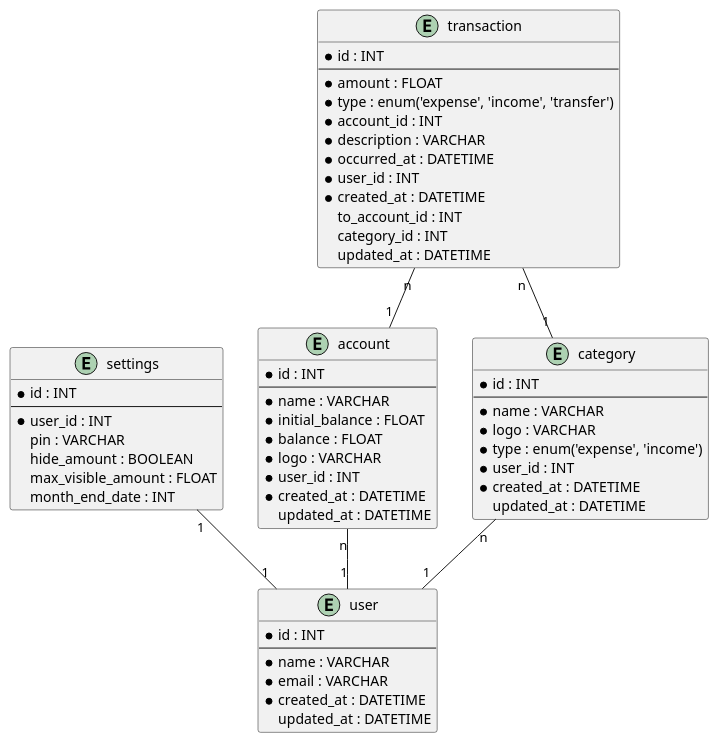
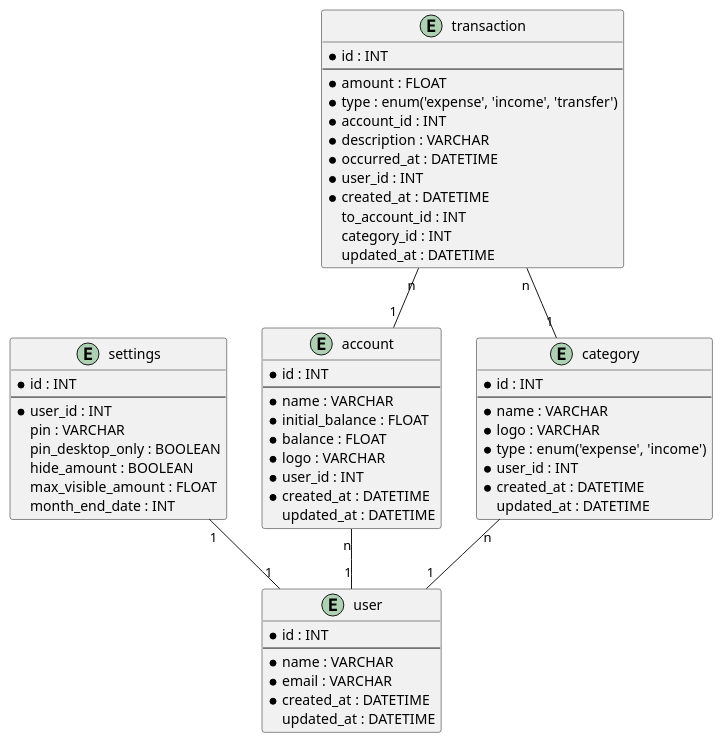
One commit to ylfyt/duitify changed the diagram in docs/erd.puml. Above: the diagram before and after it, drawn with PlantUML. The commit also changed 7 other files, not shown here.

Commit message:
adding option to enable pin on desktop only

```diff
--- a/docs/erd.puml
+++ b/docs/erd.puml
@@ -1,67 +1,68 @@
 @startuml erd
 
 entity user {
     * id : INT
     --
     * name : VARCHAR
     * email : VARCHAR
     * created_at : DATETIME
     updated_at : DATETIME
 }
 
 entity settings {
     * id : INT
     --
     * user_id : INT
     pin : VARCHAR
+    pin_desktop_only : BOOLEAN
     hide_amount : BOOLEAN
     max_visible_amount : FLOAT
     month_end_date : INT    
 }
 
 entity account {
     * id : INT
     --
     * name : VARCHAR
     * initial_balance : FLOAT
     * balance : FLOAT
     * logo : VARCHAR
     * user_id : INT
     * created_at : DATETIME
     updated_at : DATETIME
 }
 
 entity category {
     * id : INT
     --
     * name : VARCHAR
     * logo : VARCHAR
     * type : enum('expense', 'income')
     * user_id : INT
     * created_at : DATETIME
     updated_at : DATETIME
 }
 
 
 entity transaction {
     * id : INT
     --
     * amount : FLOAT
     * type : enum('expense', 'income', 'transfer')
     * account_id : INT
     * description : VARCHAR
     * occurred_at : DATETIME
     * user_id : INT
     * created_at : DATETIME
     to_account_id : INT
     category_id : INT
     updated_at : DATETIME
 }
 
 account "n" -- "1" user
 category "n" -- "1" user
 transaction "n" -- "1" account
 transaction "n" -- "1" category
 settings "1" -- "1" user
 
 @enduml
```
